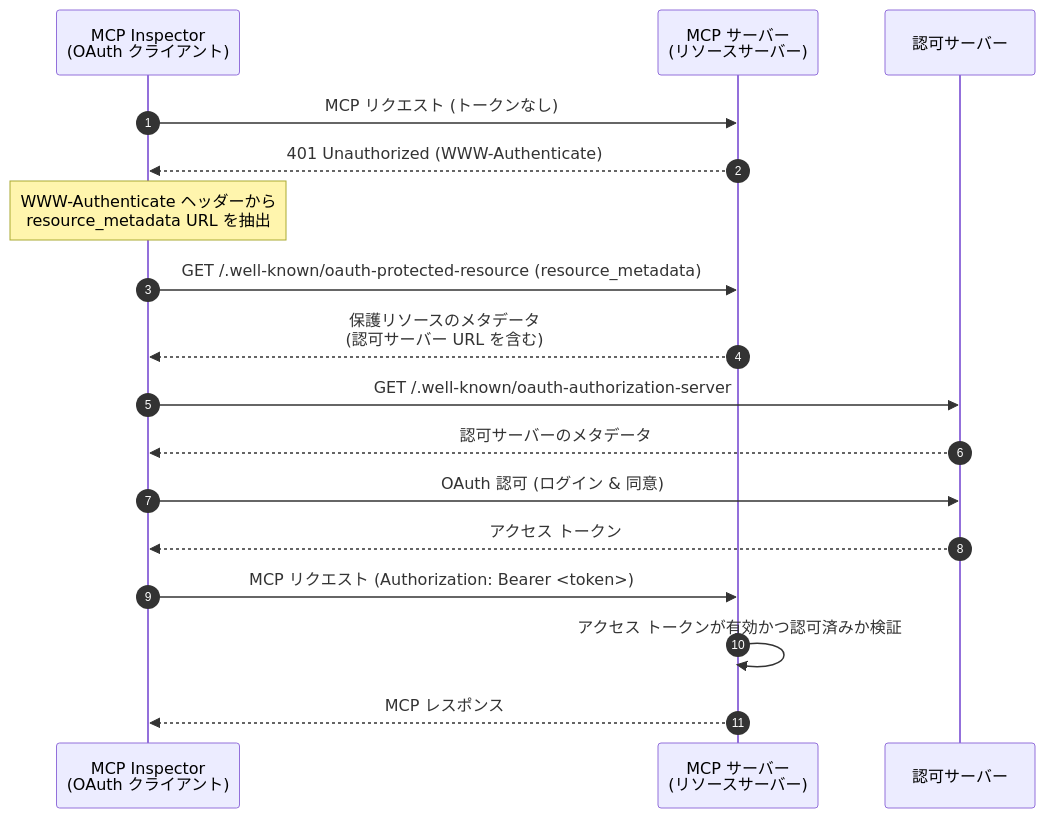
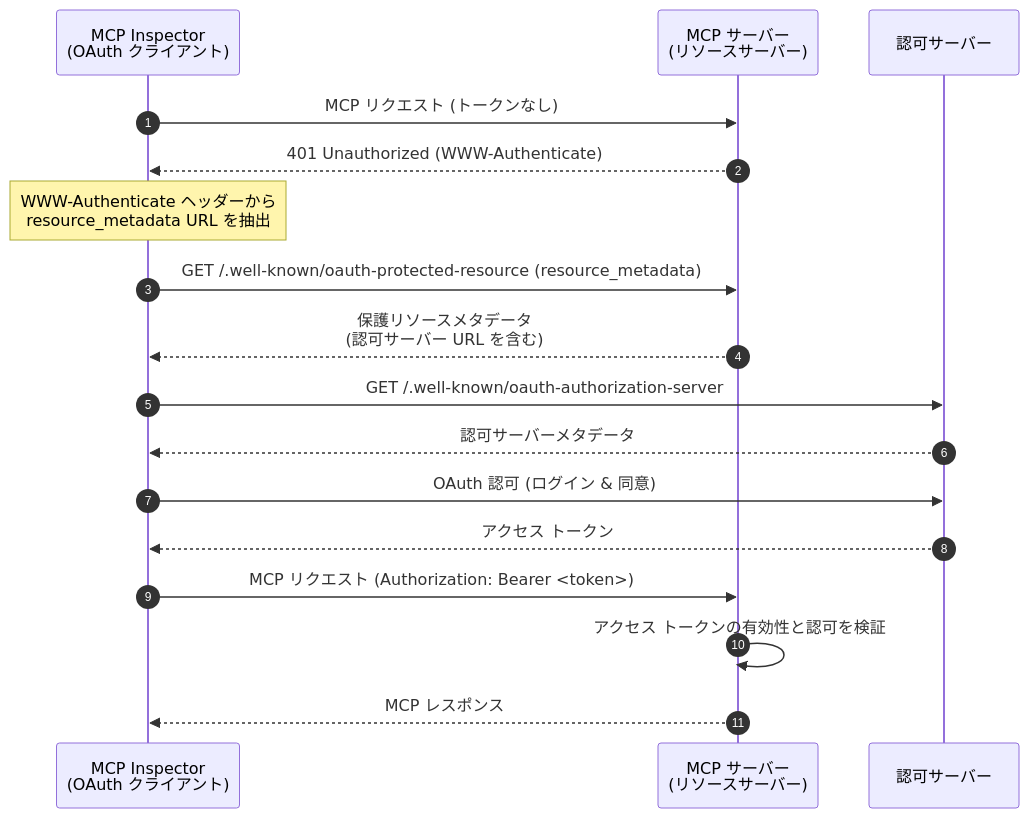
Before and after one commit to mcp-auth/docs: the first of 2 diagrams in i18n/ja/docusaurus-plugin-content-docs/current/tutorials/todo-manager/README.mdx, drawn with Mermaid. The commit also changed other lines of this file and 53 other files, not shown here.

````diff
--- a/i18n/ja/docusaurus-plugin-content-docs/current/tutorials/todo-manager/README.mdx
+++ b/i18n/ja/docusaurus-plugin-content-docs/current/tutorials/todo-manager/README.mdx
@@ -36,23 +39,23 @@
 ```mermaid
 sequenceDiagram
   autonumber
   participant Client as MCP Inspector<br/>(OAuth クライアント)
   participant RS as MCP サーバー<br/>(リソースサーバー)
   participant AS as 認可サーバー
 
   Client->>RS: MCP リクエスト (トークンなし)
   RS-->>Client: 401 Unauthorized (WWW-Authenticate)
   Note over Client: WWW-Authenticate ヘッダーから<br/>resource_metadata URL を抽出
 
   Client->>RS: GET /.well-known/oauth-protected-resource (resource_metadata)
-  RS-->>Client: 保護リソースのメタデータ<br/>(認可サーバー URL を含む)
+  RS-->>Client: 保護リソースメタデータ<br/>(認可サーバー URL を含む)
 
   Client->>AS: GET /.well-known/oauth-authorization-server
-  AS-->>Client: 認可サーバーのメタデータ
+  AS-->>Client: 認可サーバーメタデータ
   Client->>AS: OAuth 認可 (ログイン & 同意)
   AS-->>Client: アクセス トークン
 
   Client->>RS: MCP リクエスト (Authorization: Bearer <token>)
-  RS->>RS: アクセス トークンが有効かつ認可済みか検証
+  RS->>RS: アクセス トークンの有効性と認可を検証
   RS-->>Client: MCP レスポンス
 ```
````
